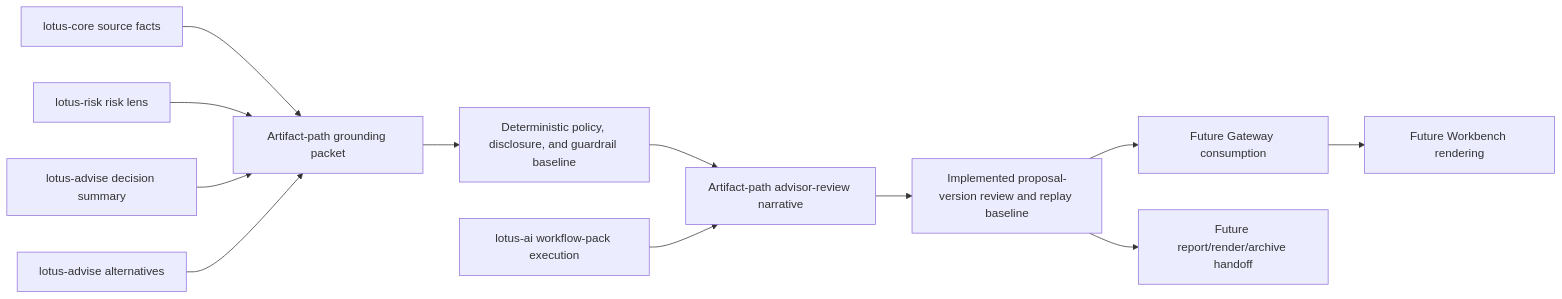
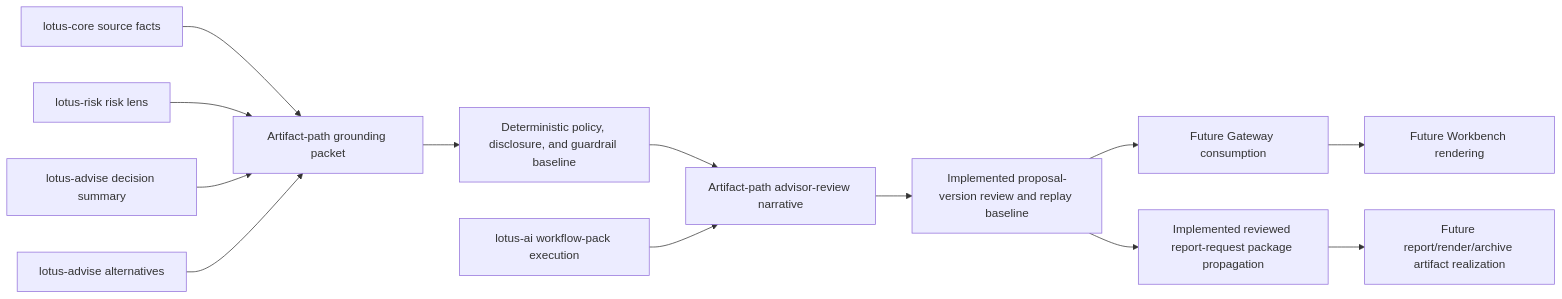
One commit to sgajbi/lotus-advise changed the second of 3 diagrams in wiki/Supported-Features.md. Above: the diagram before and after it, drawn with Mermaid. The commit also changed other lines of this file and 19 other files, not shown here.

Commit message:
feat: propagate reviewed narrative package to reports (#148)

````diff
--- a/wiki/Supported-Features.md
+++ b/wiki/Supported-Features.md
@@ -66,14 +66,15 @@
 ```mermaid
 flowchart LR
     Core[lotus-core source facts] --> Grounding[Artifact-path grounding packet]
     Risk[lotus-risk risk lens] --> Grounding
     Decision[lotus-advise decision summary] --> Grounding
     Alternatives[lotus-advise alternatives] --> Grounding
     Grounding --> Policy[Deterministic policy, disclosure, and guardrail baseline]
     Policy --> Narrative[Artifact-path advisor-review narrative]
     AI[lotus-ai workflow-pack execution] --> Narrative
     Narrative --> Review[Implemented proposal-version review and replay baseline]
     Review --> Gateway[Future Gateway consumption]
     Gateway --> Workbench[Future Workbench rendering]
-    Review --> Report[Future report/render/archive handoff]
+    Review --> Report[Implemented reviewed report-request package propagation]
+    Report --> Artifact[Future report/render/archive artifact realization]
 ```
````
